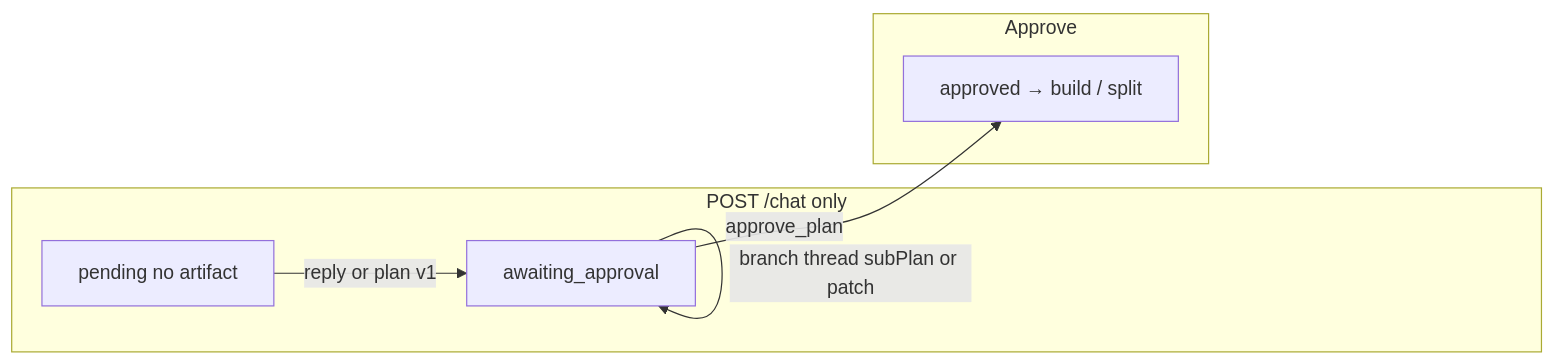
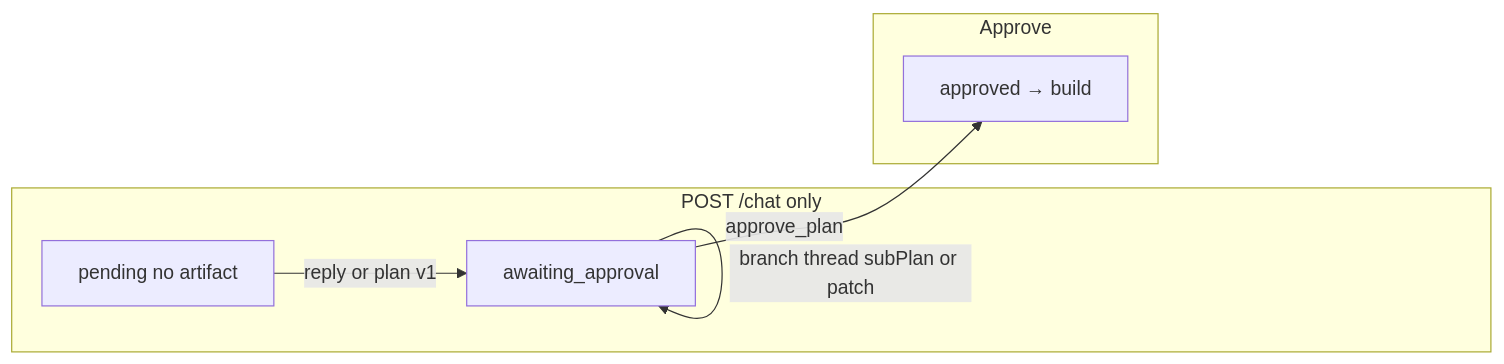
The diagram in docs/architecture/plan-node.md (CodeThatBreak/ship), drawn with Mermaid before and after one commit. The commit also changed other lines of this file and 280 other files, not shown here.

First line of the commit message:
Remove child-flow features: fanout, split, and subflow

````diff
--- a/docs/architecture/plan-node.md
+++ b/docs/architecture/plan-node.md
@@ -67,11 +67,11 @@
 ```mermaid
 flowchart LR
   subgraph chat [POST /chat only]
     A[pending no artifact] -->|reply or plan v1| B[awaiting_approval]
     B -->|main thread reply or plan| B
     B -->|branch thread subPlan or patch| B
   end
   subgraph ship [Approve]
-    B -->|approve_plan| C[approved → build / split]
+    B -->|approve_plan| C[approved → build]
   end
 ```
````
